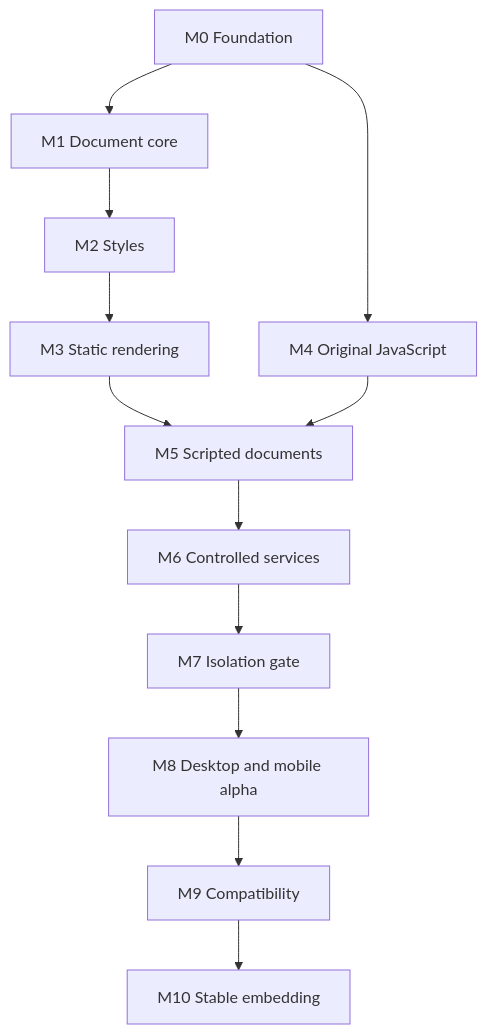
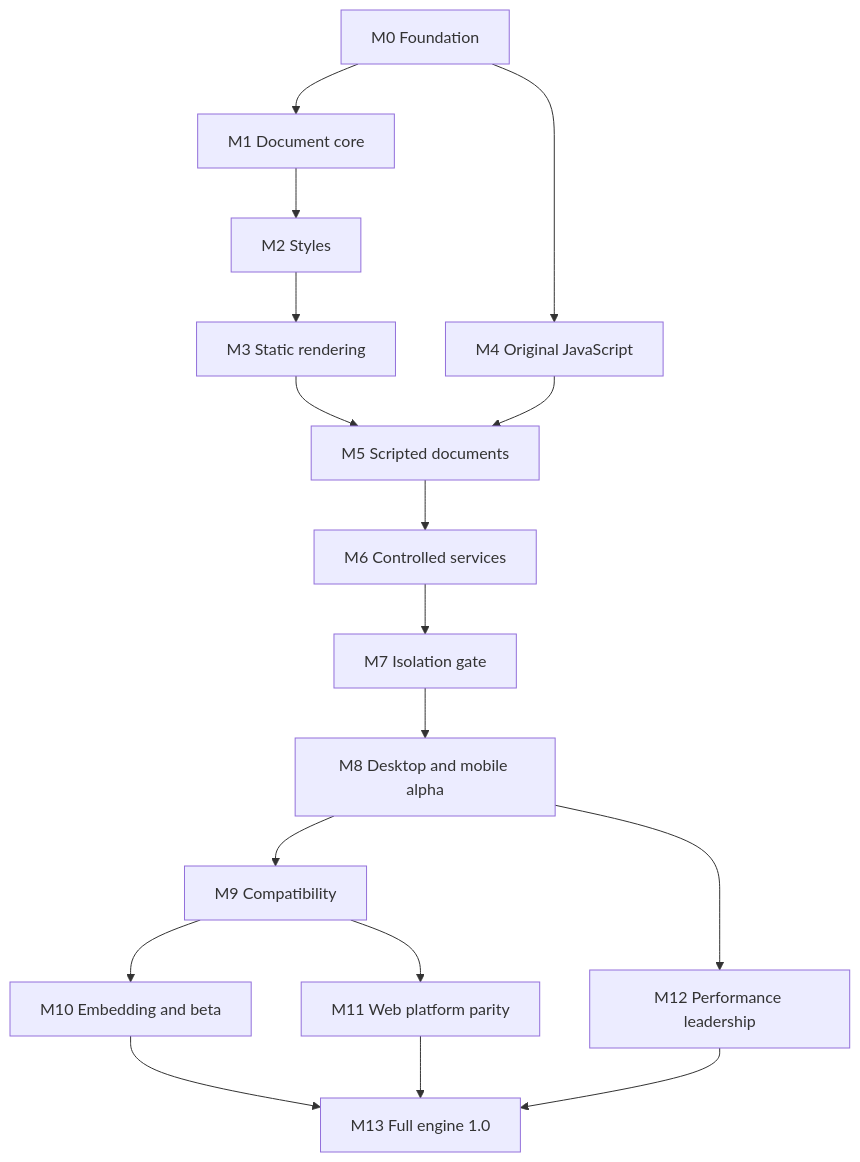
One commit to MoeJoe37/Rustic changed the diagram in docs/ROADMAP.md. Above: the diagram before and after it, drawn with Mermaid. The commit also changed other lines of this file and 16 other files, not shown here.

First line of the commit message:
docs(plan): extend the roadmap to feature parity and performance leadership

````diff
--- a/docs/ROADMAP.md
+++ b/docs/ROADMAP.md
@@ -51,14 +63,19 @@
 ```mermaid
 flowchart TD
     M0["M0 Foundation"] --> M1["M1 Document core"]
     M1 --> M2["M2 Styles"]
     M2 --> M3["M3 Static rendering"]
     M0 --> M4["M4 Original JavaScript"]
     M3 --> M5["M5 Scripted documents"]
     M4 --> M5
     M5 --> M6["M6 Controlled services"]
     M6 --> M7["M7 Isolation gate"]
     M7 --> M8["M8 Desktop and mobile alpha"]
     M8 --> M9["M9 Compatibility"]
-    M9 --> M10["M10 Stable embedding"]
+    M9 --> M10["M10 Embedding and beta"]
+    M9 --> M11["M11 Web platform parity"]
+    M8 --> M12["M12 Performance leadership"]
+    M10 --> M13["M13 Full engine 1.0"]
+    M11 --> M13
+    M12 --> M13
 ```
````
